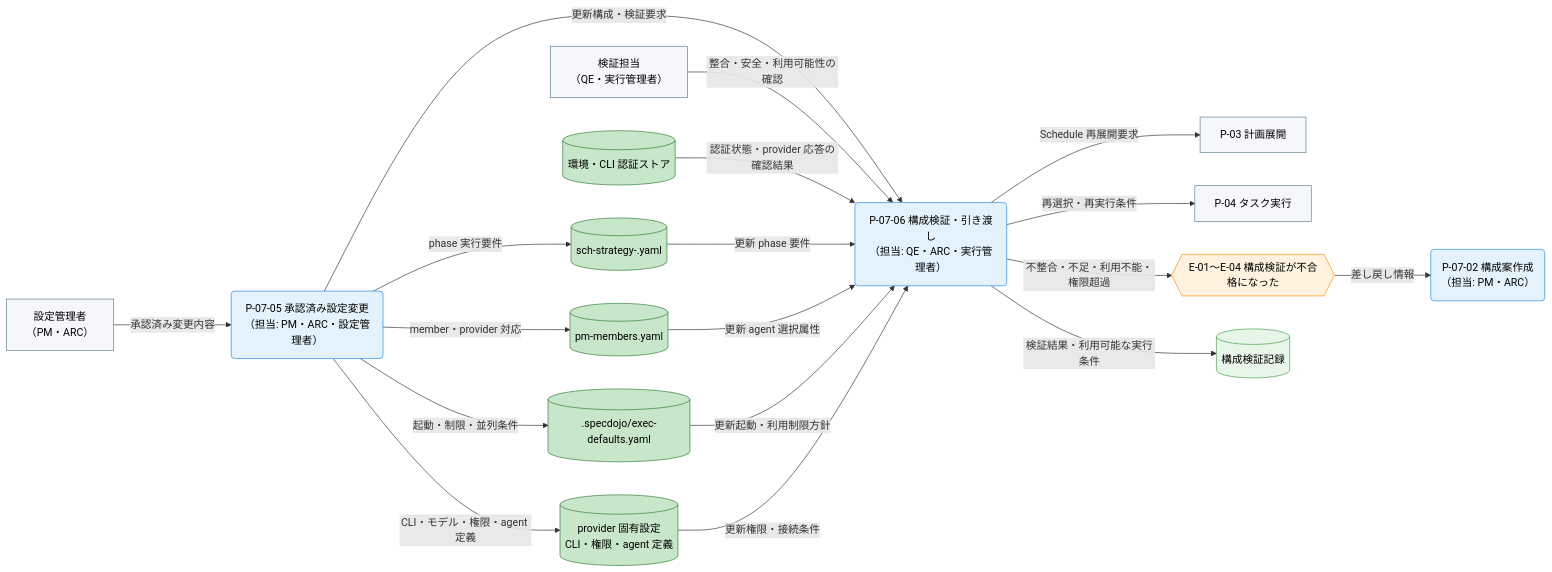
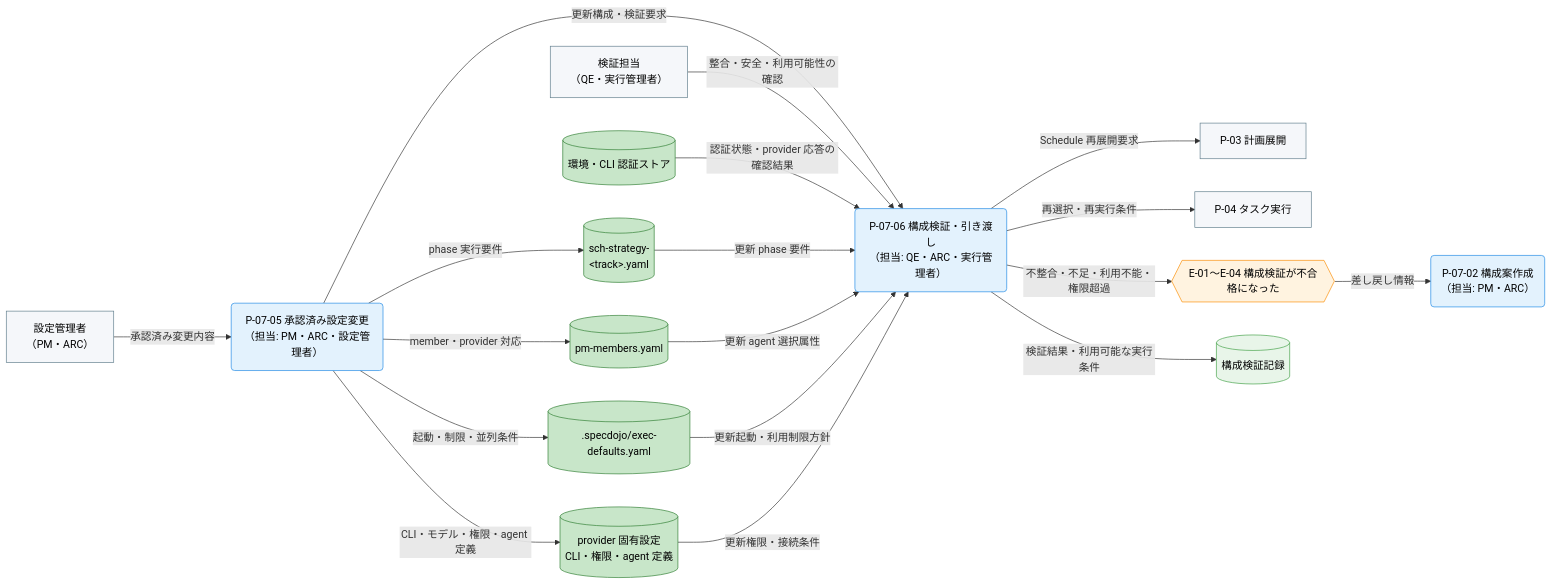
The third of 3 diagrams in docs/ja/product/010-business-specs/010-data-flow/cdfd-agent-config-operation.md (specdojo/specdojo), drawn with Mermaid before and after one commit. The commit also changed other lines of this file and 31 other files, not shown here.

First line of the commit message:
exec(T-DATA-FLOW-cdfd-*-140): finalize remaining data-flow CDFDs

````diff
--- a/docs/ja/product/010-business-specs/010-data-flow/cdfd-agent-config-operation.md
+++ b/docs/ja/product/010-business-specs/010-data-flow/cdfd-agent-config-operation.md
@@ -144,50 +144,50 @@
 ```mermaid
 flowchart LR
   classDef process fill:#e3f2fd,stroke:#1e88e5,color:#000
   classDef event fill:#fff3e0,stroke:#fb8c00,color:#000
   classDef storeMaster fill:#c8e6c9,stroke:#2e7d32,color:#000
   classDef storeTransaction fill:#e8f5e9,stroke:#43a047,color:#000
   classDef actor fill:#f5f7fa,stroke:#607d8b,color:#000
 
   設定管理者["設定管理者<br>（PM・ARC）"]
   検証担当["検証担当<br>（QE・実行管理者）"]
   計画展開["P-03 計画展開"]
   タスク実行["P-04 タスク実行"]
 
   検証不合格{{"E-01〜E-04 構成検証が不合格になった"}}
 
   承認済み設定変更("P-07-05 承認済み設定変更<br>（担当: PM・ARC・設定管理者）")
   構成検証引き渡し("P-07-06 構成検証・引き渡し<br>（担当: QE・ARC・実行管理者）")
   構成案作成("P-07-02 構成案作成<br>（担当: PM・ARC）")
 
-  スケジュール戦略[("sch-strategy-<track>.yaml")]
+  スケジュール戦略[("sch-strategy-<br>&lt;track&gt;.yaml")]
   memberRoster[("pm-members.yaml")]
   provider実行既定[(".specdojo/exec-defaults.yaml")]
   provider固有設定[("provider 固有設定<br>CLI・権限・agent 定義")]
   認証ストア[("環境・CLI 認証ストア")]
   検証記録[("構成検証記録")]
 
   設定管理者 -->|"承認済み変更内容"| 承認済み設定変更
   承認済み設定変更 -->|"phase 実行要件"| スケジュール戦略
   承認済み設定変更 -->|"member・provider 対応"| memberRoster
   承認済み設定変更 -->|"起動・制限・並列条件"| provider実行既定
   承認済み設定変更 -->|"CLI・モデル・権限・agent 定義"| provider固有設定
   承認済み設定変更 -->|"更新構成・検証要求"| 構成検証引き渡し
   検証担当 -->|"整合・安全・利用可能性の確認"| 構成検証引き渡し
   認証ストア -->|"認証状態・provider 応答の確認結果"| 構成検証引き渡し
   スケジュール戦略 -->|"更新 phase 要件"| 構成検証引き渡し
   memberRoster -->|"更新 agent 選択属性"| 構成検証引き渡し
   provider実行既定 -->|"更新起動・利用制限方針"| 構成検証引き渡し
   provider固有設定 -->|"更新権限・接続条件"| 構成検証引き渡し
   構成検証引き渡し -->|"不整合・不足・利用不能・権限超過"| 検証不合格
   検証不合格 -->|"差し戻し情報"| 構成案作成
   構成検証引き渡し -->|"検証結果・利用可能な実行条件"| 検証記録
   構成検証引き渡し -->|"Schedule 再展開要求"| 計画展開
   構成検証引き渡し -->|"再選択・再実行条件"| タスク実行
 
   class 承認済み設定変更,構成検証引き渡し,構成案作成 process
   class 検証不合格 event
   class スケジュール戦略,memberRoster,provider実行既定,provider固有設定,認証ストア storeMaster
   class 検証記録 storeTransaction
   class 設定管理者,検証担当,計画展開,タスク実行 actor
 ```
````
